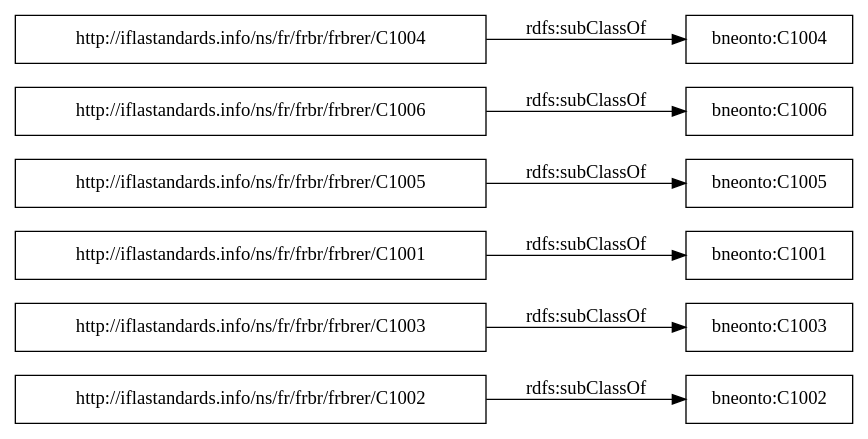
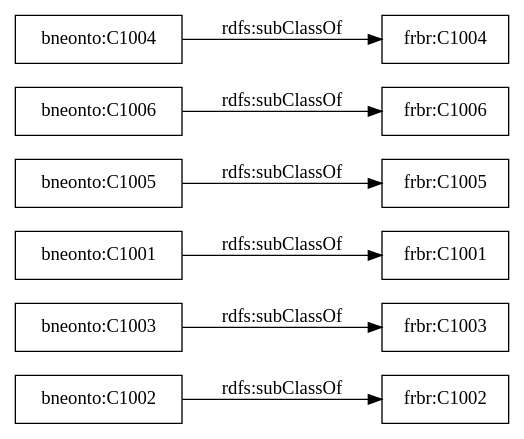
The diagram in OnToology/bne.ttl/diagrams/ar2dtool-taxonomy/bne.ttl.png.dot (dvsrepo/BNE-Ontology), drawn with Graphviz before and after one commit. The commit also changed 34 other files, not shown here.

```diff
--- a/OnToology/bne.ttl/diagrams/ar2dtool-taxonomy/bne.ttl.png.dot
+++ b/OnToology/bne.ttl/diagrams/ar2dtool-taxonomy/bne.ttl.png.dot
@@ -1,12 +1,12 @@
 digraph ar2dtool_diagram { 
 rankdir=LR;
 size="1000"
-node [shape = rectangle, color="black"]; "http://iflastandards.info/ns/fr/frbr/frbrer/C1002" "bneonto:C1003" "bneonto:C1001" "bneonto:C1005" "bneonto:C1002" "bneonto:C1006" "http://iflastandards.info/ns/fr/frbr/frbrer/C1005" "bneonto:C1004" "http://iflastandards.info/ns/fr/frbr/frbrer/C1003" "http://iflastandards.info/ns/fr/frbr/frbrer/C1006" "http://iflastandards.info/ns/fr/frbr/frbrer/C1001" "http://iflastandards.info/ns/fr/frbr/frbrer/C1004" ; /*classes style*/
-	"http://iflastandards.info/ns/fr/frbr/frbrer/C1001" -> "bneonto:C1001" [ label = "rdfs:subClassOf" ];
-	"http://iflastandards.info/ns/fr/frbr/frbrer/C1006" -> "bneonto:C1006" [ label = "rdfs:subClassOf" ];
-	"http://iflastandards.info/ns/fr/frbr/frbrer/C1004" -> "bneonto:C1004" [ label = "rdfs:subClassOf" ];
-	"http://iflastandards.info/ns/fr/frbr/frbrer/C1002" -> "bneonto:C1002" [ label = "rdfs:subClassOf" ];
-	"http://iflastandards.info/ns/fr/frbr/frbrer/C1005" -> "bneonto:C1005" [ label = "rdfs:subClassOf" ];
-	"http://iflastandards.info/ns/fr/frbr/frbrer/C1003" -> "bneonto:C1003" [ label = "rdfs:subClassOf" ];
+node [shape = rectangle, color="black"]; "frbr:C1002" "bneonto:C1003" "bneonto:C1001" "bneonto:C1005" "bneonto:C1002" "bneonto:C1006" "frbr:C1005" "bneonto:C1004" "frbr:C1003" "frbr:C1006" "frbr:C1001" "frbr:C1004" ; /*classes style*/
+	"bneonto:C1003" -> "frbr:C1003" [ label = "rdfs:subClassOf" ];
+	"bneonto:C1001" -> "frbr:C1001" [ label = "rdfs:subClassOf" ];
+	"bneonto:C1006" -> "frbr:C1006" [ label = "rdfs:subClassOf" ];
+	"bneonto:C1004" -> "frbr:C1004" [ label = "rdfs:subClassOf" ];
+	"bneonto:C1002" -> "frbr:C1002" [ label = "rdfs:subClassOf" ];
+	"bneonto:C1005" -> "frbr:C1005" [ label = "rdfs:subClassOf" ];
 
 }
```
